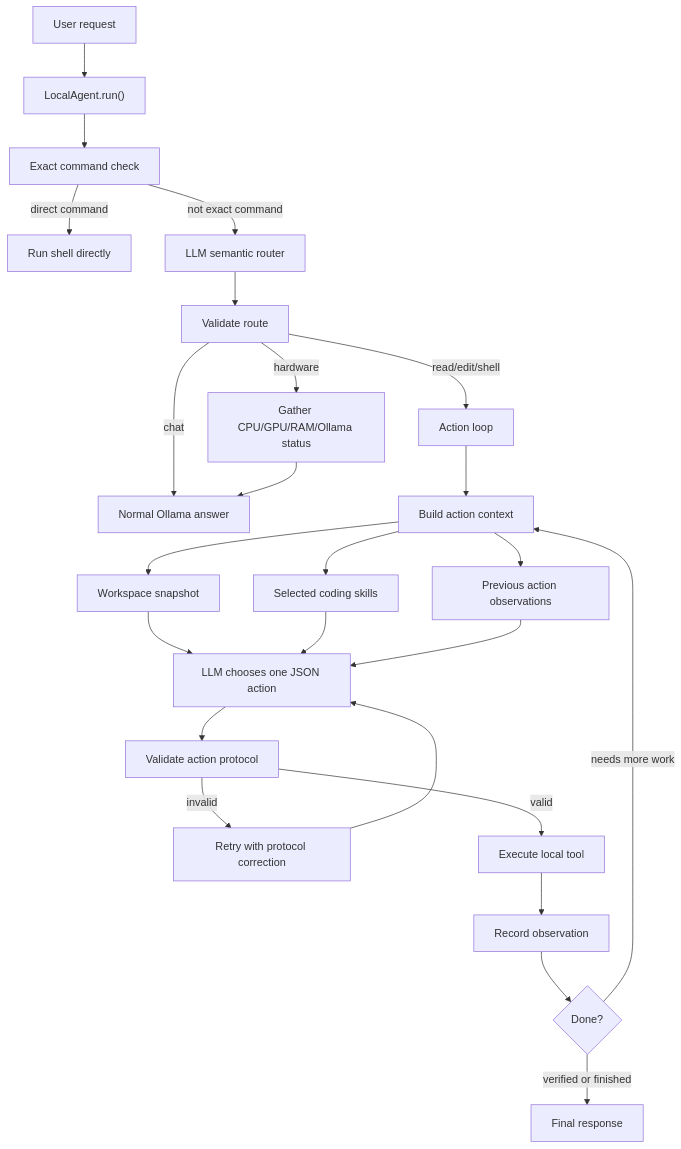
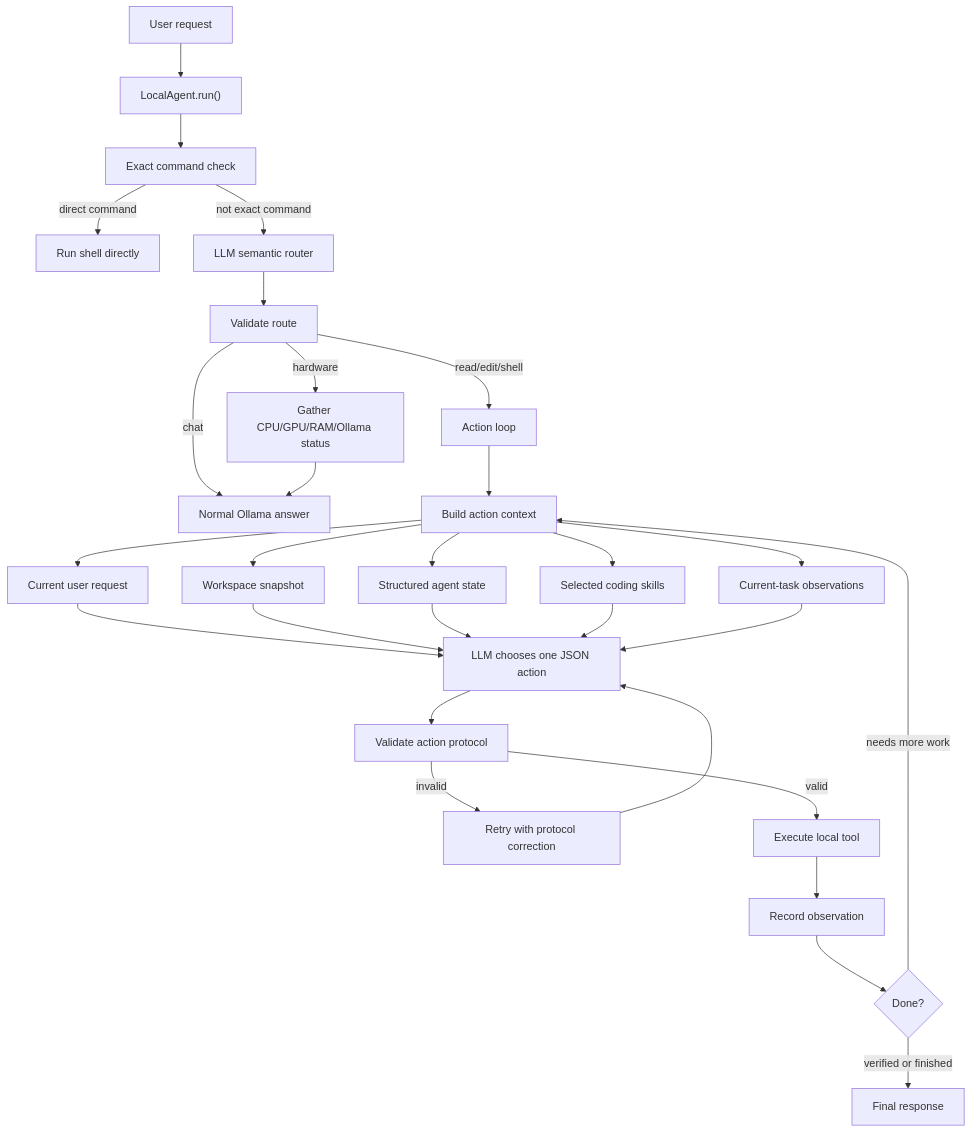
Before and after one commit to Linbooooo/LocalAgenticAI: the diagram in docs/architecture.md, drawn with Mermaid. The commit also changed other lines of this file and 8 other files, not shown here.

````diff
--- a/docs/architecture.md
+++ b/docs/architecture.md
@@ -5,35 +5,39 @@
 ```mermaid
 flowchart TD
     A["User request"] --> B["LocalAgent.run()"]
 
     B --> C["Exact command check"]
     C -->|direct command| D["Run shell directly"]
     C -->|not exact command| E["LLM semantic router"]
 
     E --> F["Validate route"]
     F -->|chat| G["Normal Ollama answer"]
     F -->|hardware| H["Gather CPU/GPU/RAM/Ollama status"]
     F -->|read/edit/shell| I["Action loop"]
 
     H --> G
 
     I --> J["Build action context"]
-    J --> K["Workspace snapshot"]
-    J --> L["Selected coding skills"]
-    J --> M["Previous action observations"]
+    J --> K["Current user request"]
+    J --> L["Workspace snapshot"]
+    J --> M["Structured agent state"]
+    J --> N["Selected coding skills"]
+    J --> O["Current-task observations"]
 
-    K --> N["LLM chooses one JSON action"]
-    L --> N
-    M --> N
+    K --> P["LLM chooses one JSON action"]
+    L --> P
+    M --> P
+    N --> P
+    O --> P
 
-    N --> O["Validate action protocol"]
-    O -->|invalid| P["Retry with protocol correction"]
-    P --> N
+    P --> Q["Validate action protocol"]
+    Q -->|invalid| R["Retry with protocol correction"]
+    R --> P
 
-    O -->|valid| Q["Execute local tool"]
-    Q --> R["Record observation"]
+    Q -->|valid| S["Execute local tool"]
+    S --> T["Record observation"]
 
-    R --> S{"Done?"}
-    S -->|needs more work| J
-    S -->|verified or finished| T["Final response"]
+    T --> U{"Done?"}
+    U -->|needs more work| J
+    U -->|verified or finished| V["Final response"]
 ```
````
